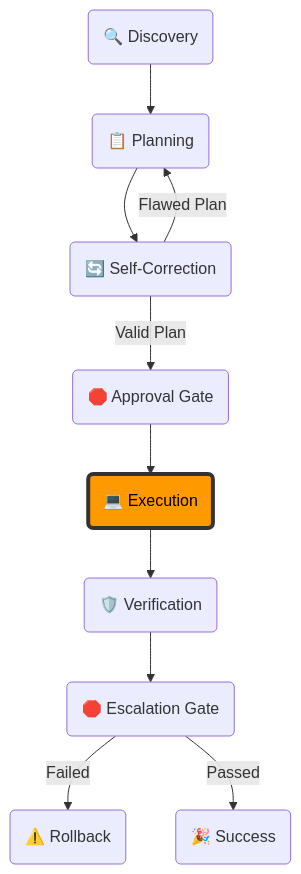
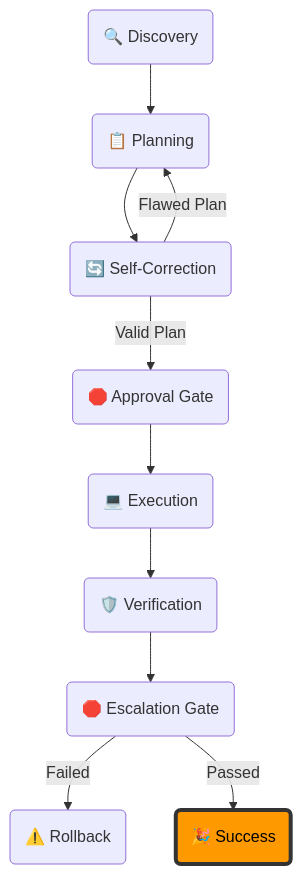
The diagram in production_artifacts/agent_live.md (dnguyen029/telemetry-dashboard), drawn with Mermaid before and after one commit. The commit also changed other lines of this file and 7 other files, not shown here.

````diff
--- a/production_artifacts/agent_live.md
+++ b/production_artifacts/agent_live.md
@@ -16,13 +16,13 @@
 ```mermaid
 graph TD
     Discovery(🔍 Discovery) --> Planning(📋 Planning)
     Planning --> Correction(🔄 Self-Correction)
     Correction -->|Flawed Plan| Planning
     Correction -->|Valid Plan| Approval(🛑 Approval Gate)
     Approval --> Execution(💻 Execution)
     Execution --> Verification(🛡️ Verification)
     Verification --> Escalation(🛑 Escalation Gate)
     Escalation -->|Failed| Rollback(⚠️ Rollback)
     Escalation -->|Passed| Success(🎉 Success)
-    style Execution fill:#ff9900,stroke:#333,stroke-width:4px,color:#000
+    style Success fill:#ff9900,stroke:#333,stroke-width:4px,color:#000
 ```
````
